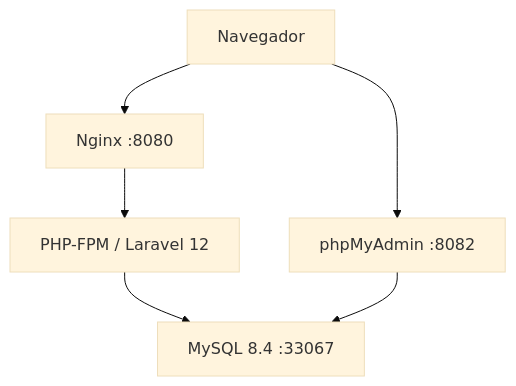
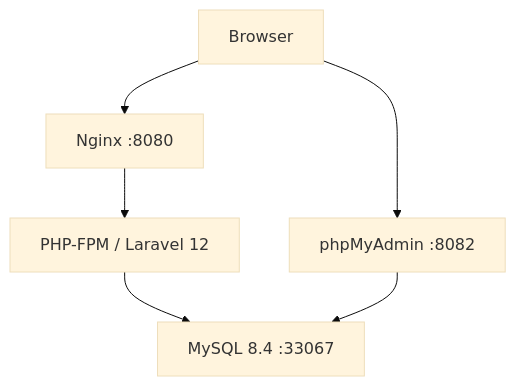
One commit to LIDR-academy/AI4Devs-finalproject changed the first of 2 diagrams in readme.md. Above: the diagram before and after it, drawn with Mermaid (base theme). The commit also changed other lines of this file and 4 other files, not shown here.

````diff
--- a/readme.md
+++ b/readme.md
@@ -128,8 +128,8 @@
 ```mermaid
 graph TD
-    Browser[Navegador] --> Nginx[Nginx :8080]
+    Browser[Browser] --> Nginx[Nginx :8080]
     Nginx --> PhpFpm[PHP-FPM / Laravel 12]
     PhpFpm --> MySQL[MySQL 8.4 :33067]
     Browser --> PMA[phpMyAdmin :8082]
     PMA --> MySQL
 ```
````
